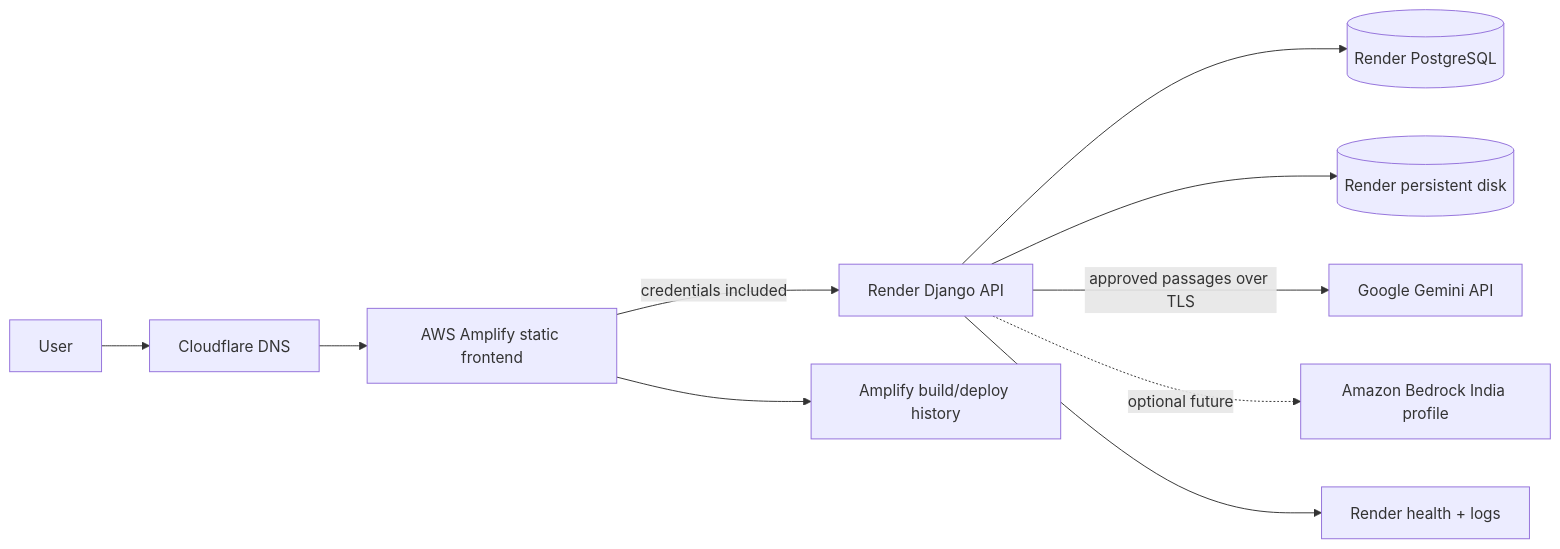
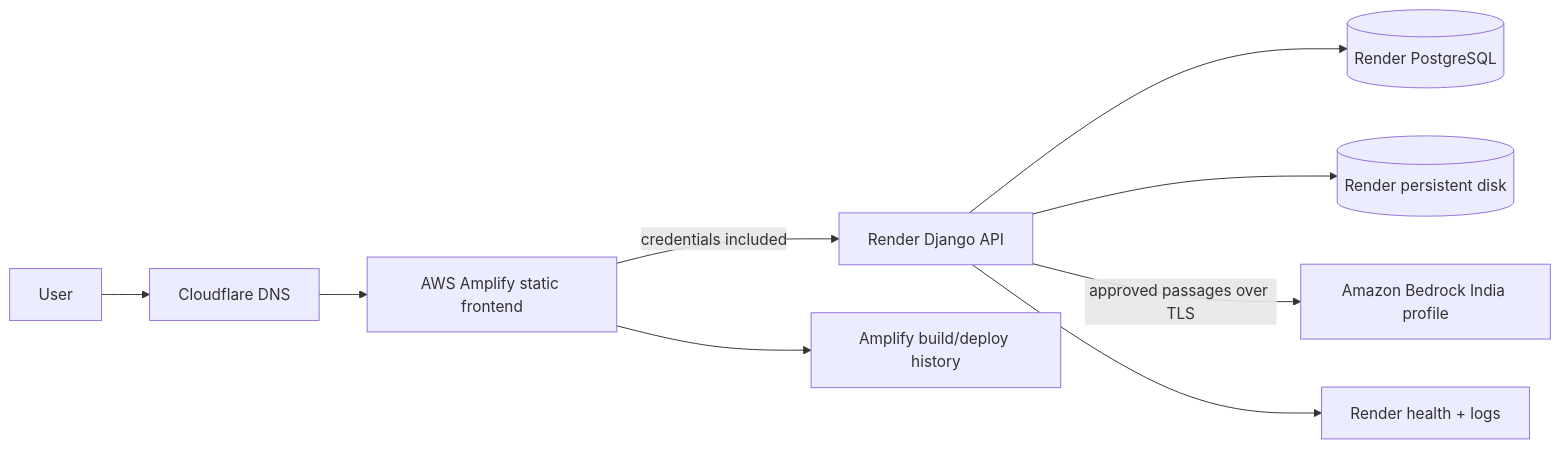
Before and after one commit to SenseiSaad/openvault: the diagram in docs/aws/README.md, drawn with Mermaid. The commit also changed other lines of this file and 12 other files, not shown here.

````diff
--- a/docs/aws/README.md
+++ b/docs/aws/README.md
@@ -23,12 +22,11 @@
 ```mermaid
 flowchart LR
   U[User] --> CF[Cloudflare DNS]
   CF --> AMP[AWS Amplify static frontend]
   AMP -->|credentials included| API[Render Django API]
   API --> DB[(Render PostgreSQL)]
   API --> DISK[(Render persistent disk)]
-  API -->|approved passages over TLS| GM[Google Gemini API]
-  API -. optional future .-> BR[Amazon Bedrock India profile]
+  API -->|approved passages over TLS| BR[Amazon Bedrock India profile]
   AMP --> AMPLIFYLOGS[Amplify build/deploy history]
   API --> RENDERLOGS[Render health + logs]
 ```
````
